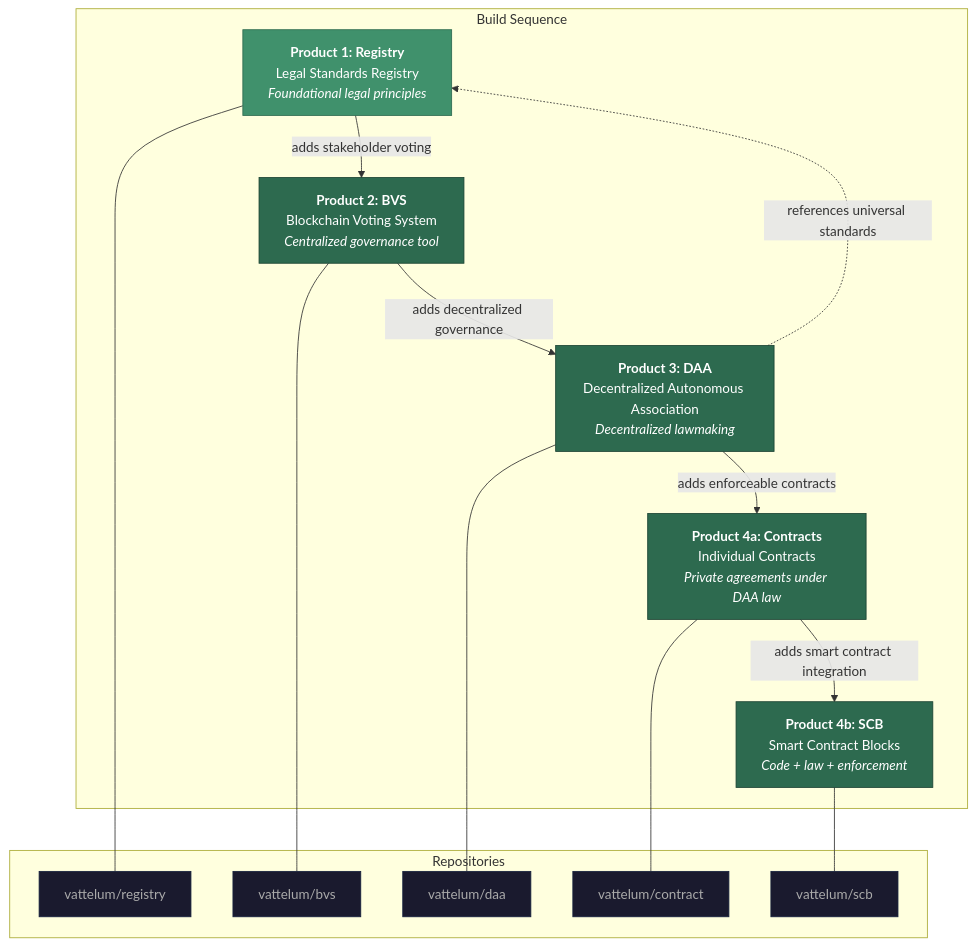
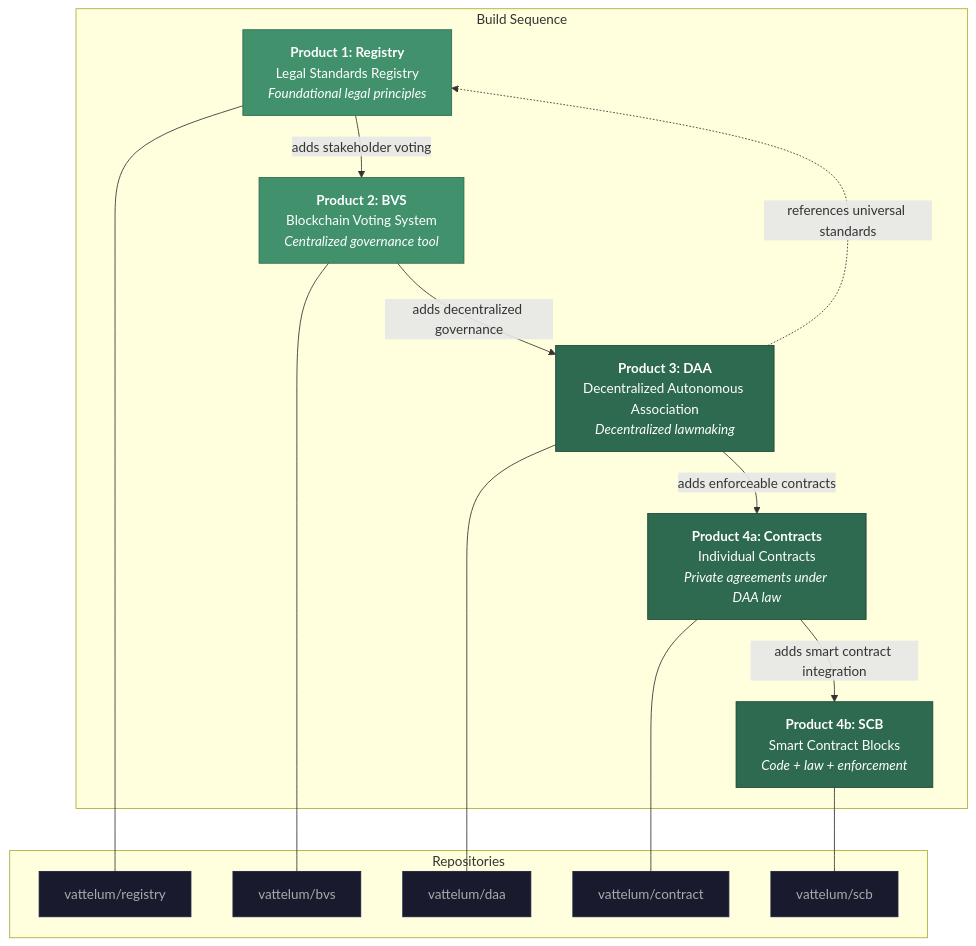
One commit to vattelum/.github changed the diagram in profile/README.md. Above: the diagram before and after it, drawn with Mermaid. The commit also changed other lines of this file, not shown here.

````diff
--- a/profile/README.md
+++ b/profile/README.md
@@ -114,41 +116,41 @@
 ```mermaid
 graph TD
     subgraph "Build Sequence"
         P1["<b>Product 1: Registry</b><br/>Legal Standards Registry<br/><i>Foundational legal principles</i>"]
         P2["<b>Product 2: BVS</b><br/>Blockchain Voting System<br/><i>Centralized governance tool</i>"]
         P3["<b>Product 3: DAA</b><br/>Decentralized Autonomous Association<br/><i>Decentralized lawmaking</i>"]
         P4["<b>Product 4a: Contracts</b><br/>Individual Contracts<br/><i>Private agreements under DAA law</i>"]
         P5["<b>Product 4b: SCB</b><br/>Smart Contract Blocks<br/><i>Code + law + enforcement</i>"]
     end
 
     P1 -->|"adds stakeholder voting"| P2
     P2 -->|"adds decentralized governance"| P3
     P3 -->|"adds enforceable contracts"| P4
     P4 -->|"adds smart contract integration"| P5
     P3 -.->|"references universal standards"| P1
 
     subgraph "Repositories"
         R1["vattelum/registry"]
         R2["vattelum/bvs"]
         R3["vattelum/daa"]
         R4["vattelum/contract"]
         R5["vattelum/scb"]
     end
 
     P1 --- R1
     P2 --- R2
     P3 --- R3
     P4 --- R4
     P5 --- R5
 
     style P1 fill:#40916c,stroke:#2d6a4f,color:#fff
-    style P2 fill:#2d6a4f,stroke:#1b4332,color:#fff
+    style P2 fill:#40916c,stroke:#2d6a4f,color:#fff
     style P3 fill:#2d6a4f,stroke:#1b4332,color:#fff
     style P4 fill:#2d6a4f,stroke:#1b4332,color:#fff
     style P5 fill:#2d6a4f,stroke:#1b4332,color:#fff
     style R1 fill:#1a1a2e,stroke:#16213e,color:#aaa
     style R2 fill:#1a1a2e,stroke:#16213e,color:#aaa
     style R3 fill:#1a1a2e,stroke:#16213e,color:#aaa
     style R4 fill:#1a1a2e,stroke:#16213e,color:#aaa
     style R5 fill:#1a1a2e,stroke:#16213e,color:#aaa
 ```
````
